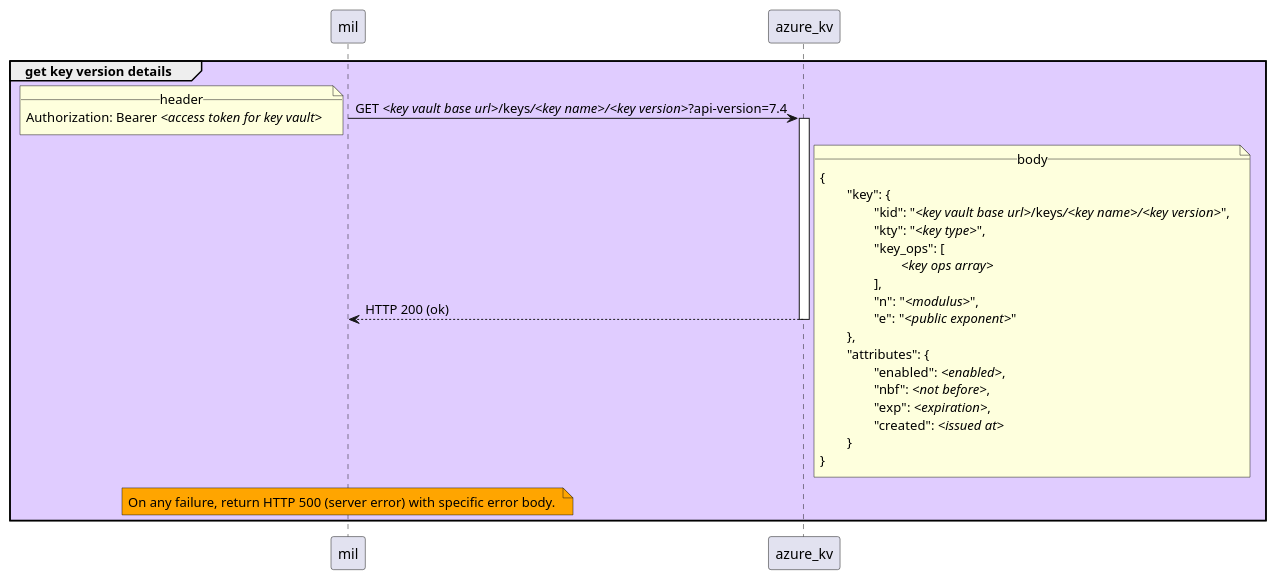
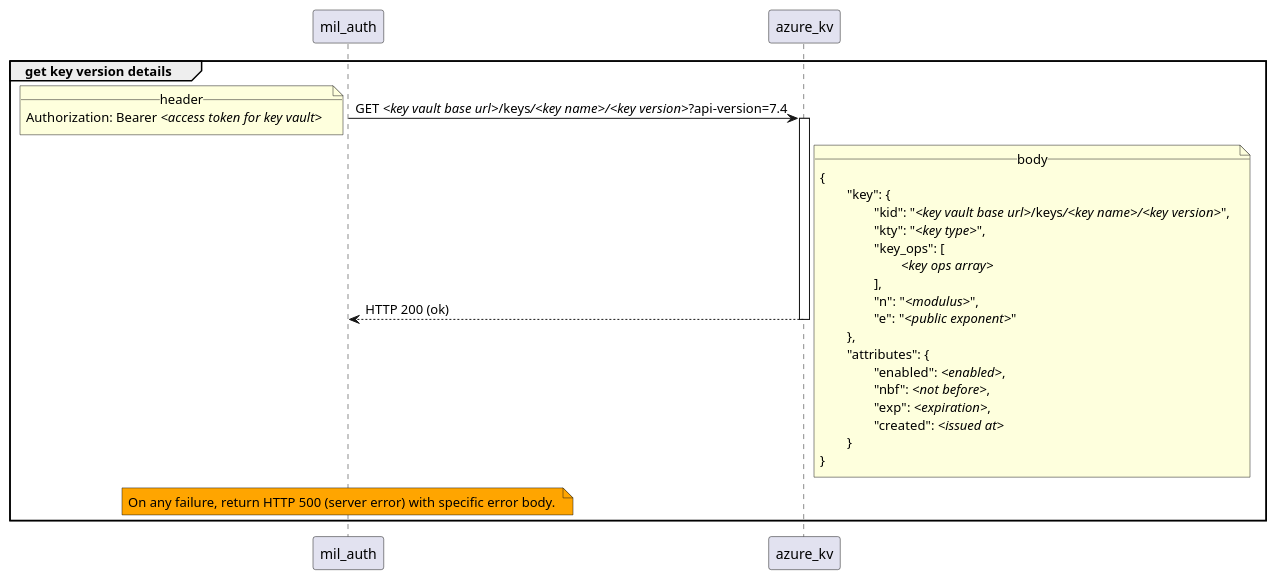
The diagram in sequence_diags/pagoPA/pos_management/get_key_version_details.puml (pagopa/mil-diags), drawn with PlantUML before and after one commit. The commit also changed 37 other files, not shown here.

```diff
--- a/sequence_diags/pagoPA/pos_management/get_key_version_details.puml
+++ b/sequence_diags/pagoPA/pos_management/get_key_version_details.puml
@@ -1,33 +1,33 @@
-group #E0CCFF get key version details
-	mil -> azure_kv ++ : GET //<key vault base url>///keys///<key name>/////<key version>//?api-version=7.4
+group get key version details
+	mil_auth -> azure_kv ++ : GET //<key vault base url>///keys///<key name>/////<key version>//?api-version=7.4
 		note left
 			__header__
 			Authorization: Bearer //<access token for key vault>//
 		end note
 
-	azure_kv --> mil -- : HTTP 200 (ok)
+	azure_kv --> mil_auth -- : HTTP 200 (ok)
 		note right
 			__body__
 			{
 				"key": {
 					"kid": "//<key vault base url>///keys///<key name>/////<key version>//",
 					"kty": "//<key type>//",
 					"key_ops": [
 						//<key ops array>//
 					],
 					"n": "//<modulus>//", 
 					"e": "//<public exponent>//"
 				},
 				"attributes": {
 					"enabled": //<enabled>//,
 					"nbf": //<not before>//,
 					"exp": //<expiration>//,
 					"created": //<issued at>//
 				}
 			}
 		end note
 
-		note over mil #Orange
+		note over mil_auth #Orange
 		    On any failure, return HTTP 500 (server error) with specific error body. 
 		end note
 end
```
